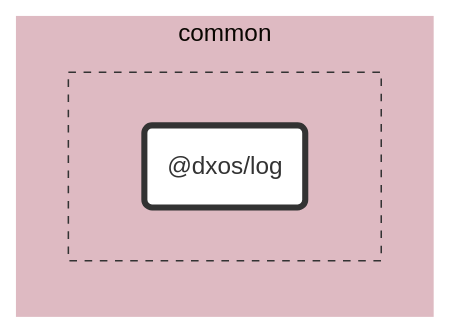
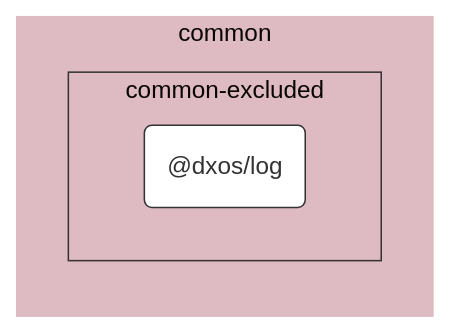
Before and after one commit to dxos/dxos: the diagram in packages/common/log/docs/README.md, drawn with Mermaid (base theme). The commit also changed 84 other files, not shown here.

````diff
--- a/packages/common/log/docs/README.md
+++ b/packages/common/log/docs/README.md
@@ -7,30 +7,24 @@
 ```mermaid
 %%{ init: {'flowchart':{'curve':'basis'}} }%%
 
 flowchart LR
 
-%% Links
+%% Classes
+classDef default fill:#fff,stroke:#333,stroke-width:1px
+classDef root fill:#fff,stroke:#333,stroke-width:4px
 
-%% Sections
-subgraph common
-  style common fill:#debac2,stroke:#fff;
+%% Nodes
 
+subgraph common [common]
+  style common fill:#debac2,stroke:#fff
 
-  subgraph common-excluded [ ]
-    style common-excluded fill:#debac2,stroke:#333,stroke-dasharray:5 5;
-
-    dxos/log("@dxos/log")
+  subgraph common-excluded [common-excluded]
+    style common-excluded fill:#debac2,stroke:#333,stroke-dashed:5 5
+    dxos/log("@dxos/log"):::default
+    click dxos/log "dxos/dxos/tree/main/packages/common/log/docs"
   end
 end
 
-
-%% Hyperlinks
-
-%% Styles
-classDef rootNode fill:#fff,stroke:#333,stroke-width:4px
-classDef defaultNode fill:#fff,stroke:#333,stroke-width:1px
+%% Links
 linkStyle default stroke:#333,stroke-width:1px
-
-dxos/log:::rootNode
-
 ```
````
